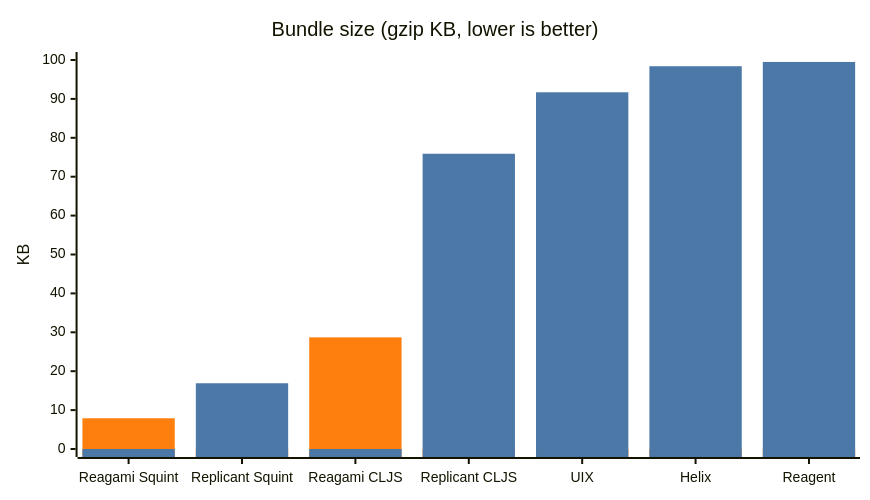
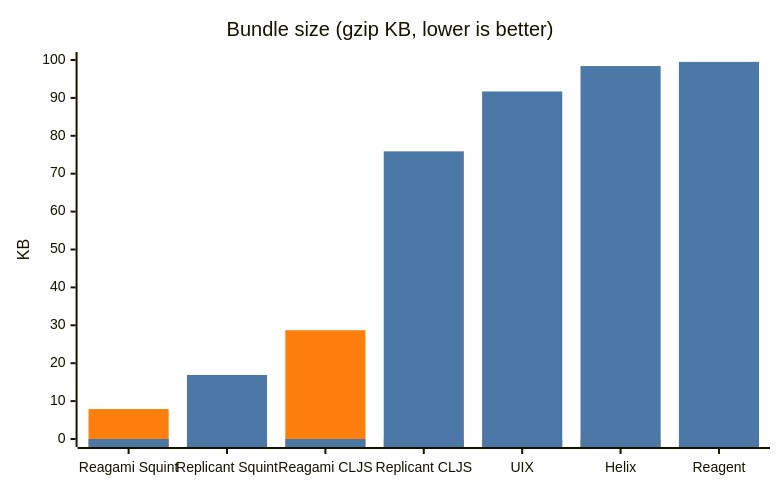
The second of 2 diagrams in doc/benchmarks.md (borkdude/reagami), drawn with Mermaid before and after one commit. The commit also changed other lines of this file and 1 other file, not shown here.

Commit message:
Narrow chart width further

````diff
--- a/doc/benchmarks.md
+++ b/doc/benchmarks.md
@@ -92,17 +92,17 @@
 ```mermaid
 ---
 config:
   xyChart:
-    width: 850
-    height: 480
+    width: 760
+    height: 470
   themeVariables:
     xyChart:
       plotColorPalette: "#ff7f0e, #4c78a8"
 ---
 xychart-beta
     title "Bundle size (gzip KB, lower is better)"
     x-axis ["Reagami Squint", "Replicant Squint", "Reagami CLJS", "Replicant CLJS", "UIX", "Helix", "Reagent"]
     y-axis "KB" 0 --> 100
     bar [7.9, 0, 28.7, 0, 0, 0, 0]
     bar [0, 16.9, 0, 75.9, 91.7, 98.4, 99.5]
 ```
````
